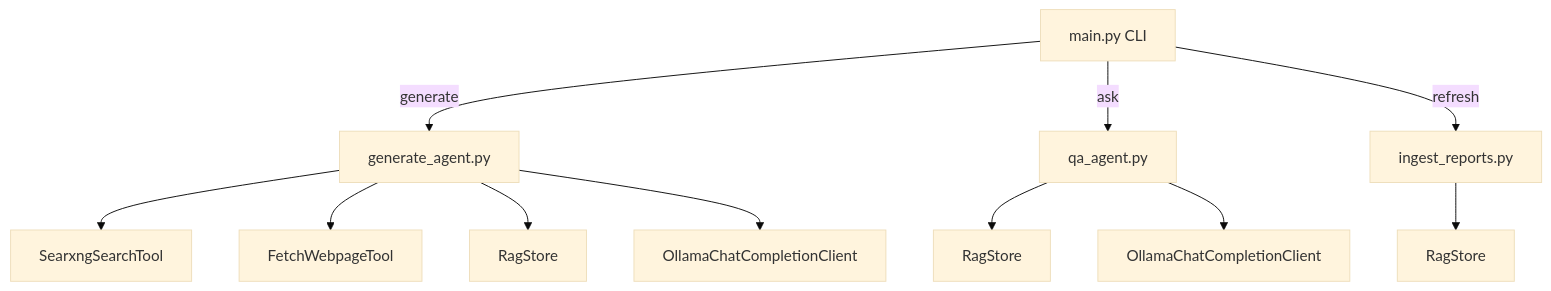
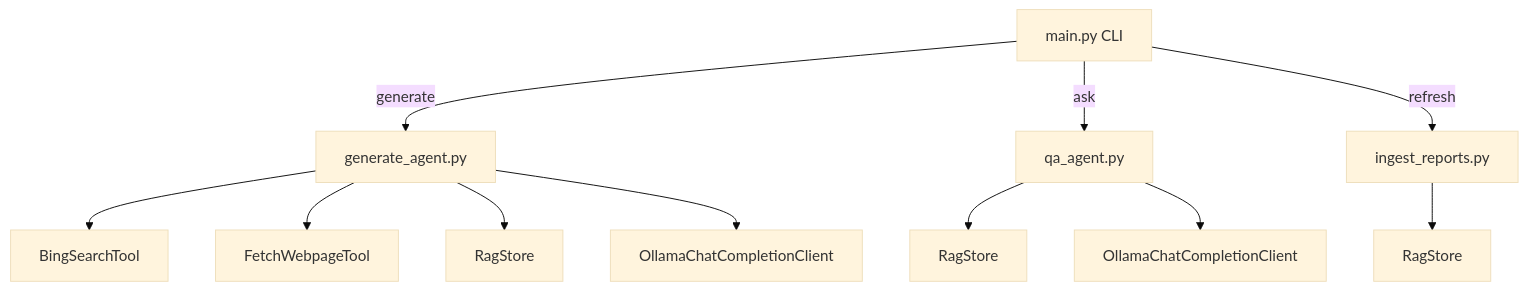
Before and after one commit to SATUNIX/AATIS-SKMS: the diagram in README.md, drawn with Mermaid (base theme). The commit also changed other lines of this file and 14 other files, not shown here.

````diff
--- a/README.md
+++ b/README.md
@@ -19,17 +19,17 @@
 ```mermaid
 flowchart TD
   main[main.py CLI] -->|generate| gen[generate_agent.py]
   main -->|ask| ask[qa_agent.py]
   main -->|refresh| refresh[ingest_reports.py]
 
-  gen --> search[SearxngSearchTool]
+  gen --> search[BingSearchTool]
   gen --> fetch[FetchWebpageTool]
   gen --> rag1[RagStore]
   gen --> model1[OllamaChatCompletionClient]
 
   ask --> rag2[RagStore]
   ask --> model2[OllamaChatCompletionClient]
 
   refresh --> rag3[RagStore]
 
 ```
````
